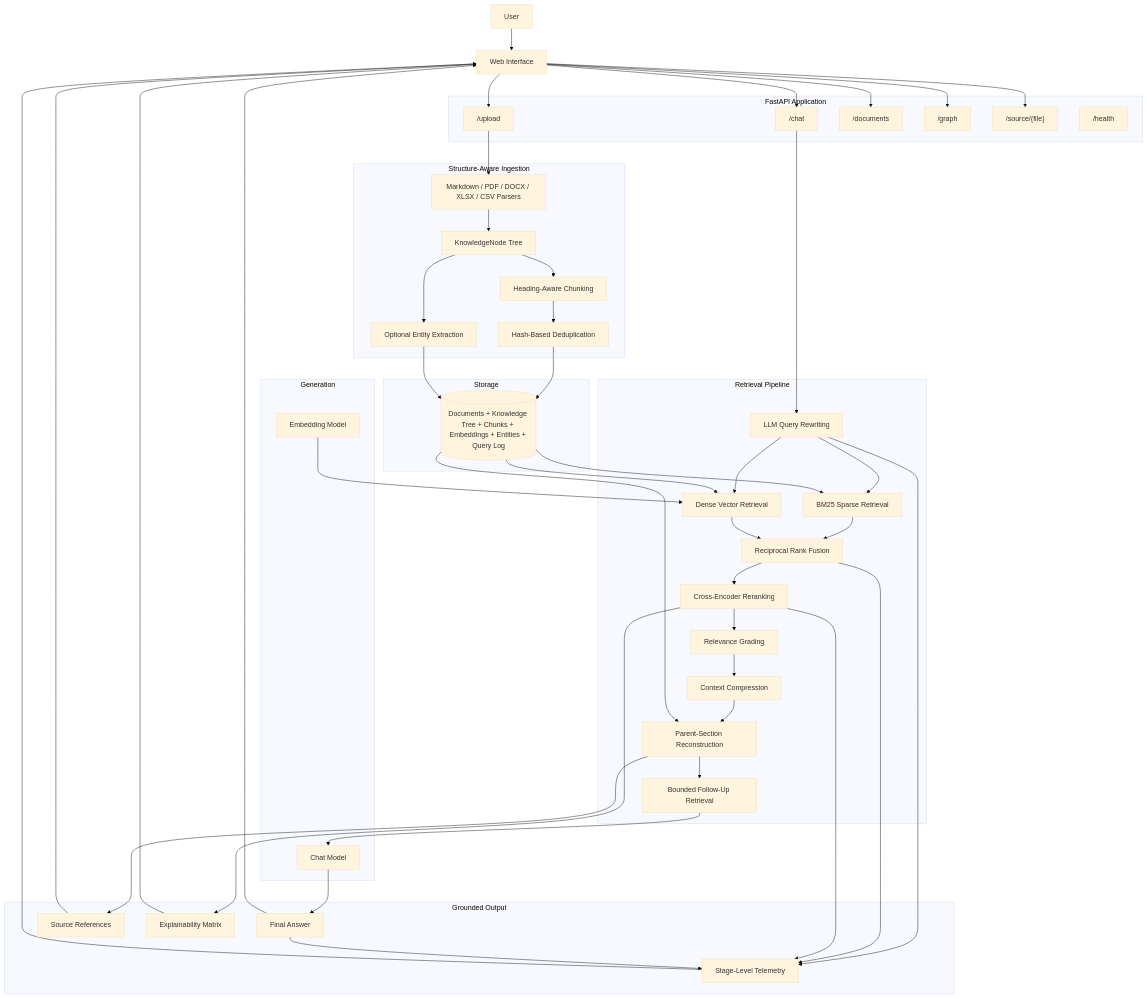
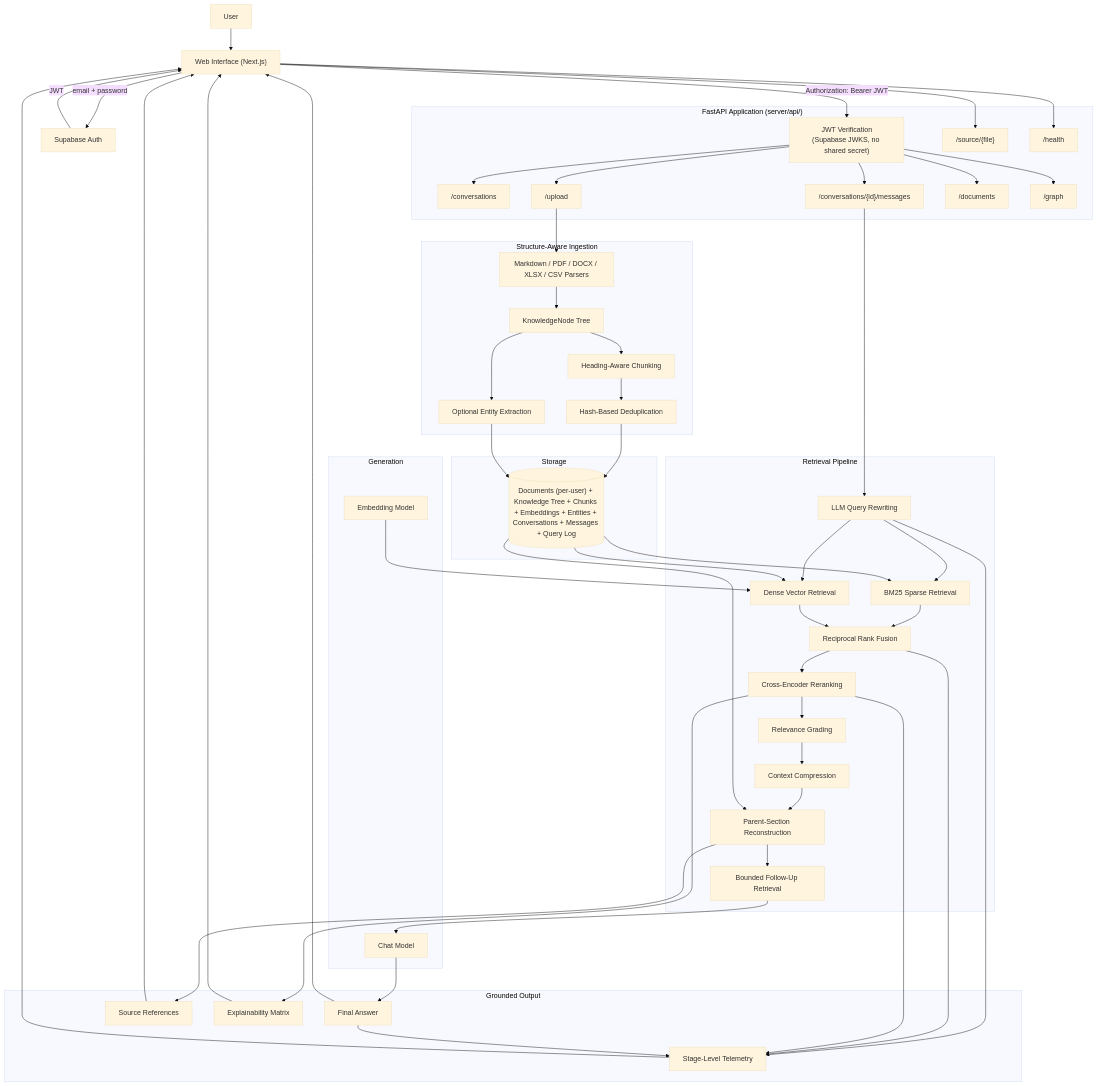
Before and after one commit to hasnaintypes/evidence-rag: the first of 4 diagrams in README.md, drawn with Mermaid (base theme). The commit also changed other lines of this file and 46 other files, not shown here.

````diff
--- a/README.md
+++ b/README.md
@@ -102,9 +105,13 @@
 ```mermaid
 flowchart TB
-    U["User"] --> UI["Web Interface"]
+    U["User"] --> UI["Web Interface (Next.js)"]
+    UI -- "email + password" --> SBAUTH["Supabase Auth"]
+    SBAUTH -- "JWT" --> UI
 
-    subgraph API["FastAPI Application"]
-        CHAT["/chat"]
+    subgraph API["FastAPI Application (server/api/)"]
+        DEPS["JWT Verification<br/>(Supabase JWKS, no shared secret)"]
+        CONV["/conversations"]
+        MSG["/conversations/{id}/messages"]
         UPLOAD["/upload"]
         DOCS["/documents"]
         GRAPHAPI["/graph"]
@@ -112,11 +119,14 @@
         HEALTH["/health"]
     end
 
-    UI --> CHAT
-    UI --> UPLOAD
-    UI --> DOCS
-    UI --> GRAPHAPI
+    UI -- "Authorization: Bearer JWT" --> DEPS
+    DEPS --> CONV
+    DEPS --> MSG
+    DEPS --> UPLOAD
+    DEPS --> DOCS
+    DEPS --> GRAPHAPI
     UI --> SOURCE
+    UI --> HEALTH
 
     subgraph INGESTION["Structure-Aware Ingestion"]
         PARSERS["Markdown / PDF / DOCX / XLSX / CSV Parsers"]
@@ -133,7 +143,7 @@
     TREE --> ENTITY
 
     subgraph STORAGE["Storage"]
-        DB[("Documents + Knowledge Tree + Chunks + Embeddings + Entities + Query Log")]
+        DB[("Documents (per-user) + Knowledge Tree + Chunks + Embeddings + Entities + Conversations + Messages + Query Log")]
     end
 
     HASH --> DB
@@ -151,7 +161,7 @@
         FOLLOWUP["Bounded Follow-Up Retrieval"]
     end
 
-    CHAT --> REWRITE
+    MSG --> REWRITE
     REWRITE --> BM25
     REWRITE --> DENSE
     DB --> BM25
````
